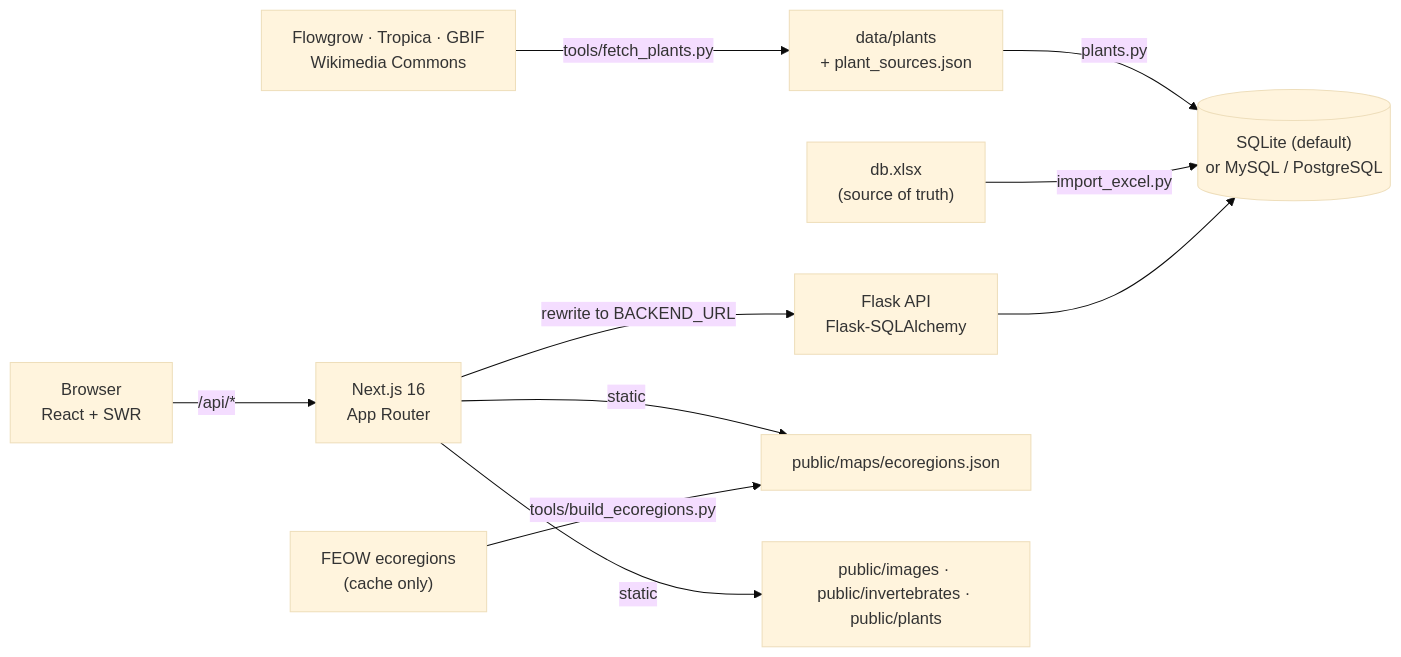
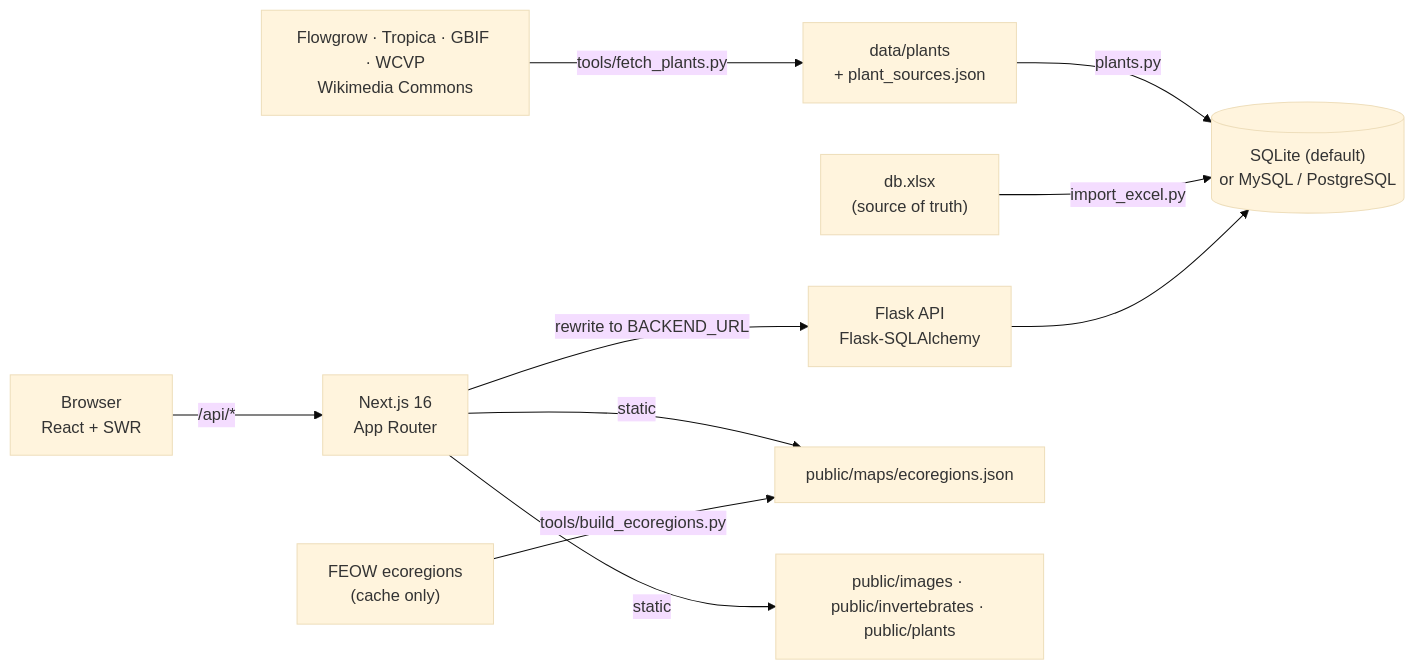
Before and after one commit to TheGreatArthur/aquariusproject: the diagram in README.md, drawn with Mermaid (base theme). The commit also changed other lines of this file and 524 other files, not shown here.

First line of the commit message:
feat(plants): plant pages like fish pages, with a native range map (132 plants) (#21)

````diff
--- a/README.md
+++ b/README.md
@@ -61,12 +63,12 @@
 ```mermaid
 flowchart LR
     Browser["Browser<br/>React + SWR"] -->|"/api/*"| Next["Next.js 16<br/>App Router"]
     Next -->|"rewrite to BACKEND_URL"| Flask["Flask API<br/>Flask-SQLAlchemy"]
     Flask --> DB[("SQLite (default)<br/>or MySQL / PostgreSQL")]
     Excel["db.xlsx<br/>(source of truth)"] -->|"import_excel.py"| DB
-    Sources["Flowgrow · Tropica · GBIF<br/>Wikimedia Commons"] -->|"tools/fetch_plants.py"| Plants["data/plants<br/>+ plant_sources.json"]
+    Sources["Flowgrow · Tropica · GBIF · WCVP<br/>Wikimedia Commons"] -->|"tools/fetch_plants.py"| Plants["data/plants<br/>+ plant_sources.json"]
     Plants -->|"plants.py"| DB
     FEOW["FEOW ecoregions<br/>(cache only)"] -->|"tools/build_ecoregions.py"| Zones["public/maps/ecoregions.json"]
     Next -->|"static"| Zones
     Next -->|"static"| Images["public/images · public/invertebrates · public/plants"]
 ```
````
